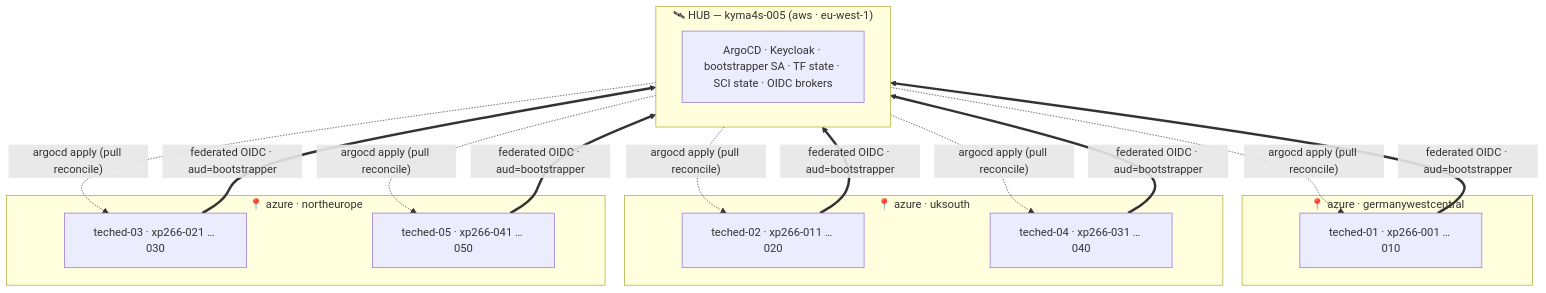
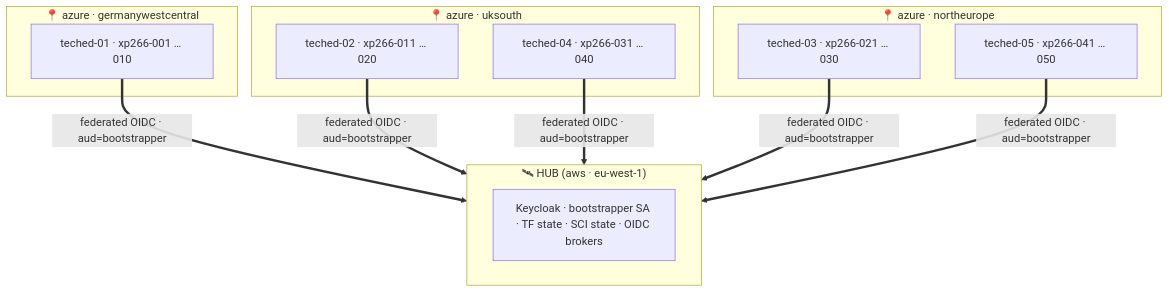
Before and after one commit to SAP-samples/teched2026-XP266: the second of 2 diagrams in exercises/ex0/README.md, drawn with Mermaid. The commit also changed other lines of this file and 1 other file, not shown here.

````diff
--- a/exercises/ex0/README.md
+++ b/exercises/ex0/README.md
@@ -138,19 +195,18 @@
 ```mermaid
 flowchart TB
-    subgraph HUB["🛰 HUB — kyma4s-005  (aws · eu-west-1)"]
-      HA["ArgoCD · Keycloak · bootstrapper SA · TF state · SCI state · OIDC brokers"]
+    subgraph HUB["🛰 HUB  (aws · eu-west-1)"]
+      HA["Keycloak · bootstrapper SA · TF state · SCI state · OIDC brokers"]
     end
     subgraph GWC["📍 azure · germanywestcentral"]
       T1["teched-01 · xp266-001 … 010"]
     end
     subgraph UKS["📍 azure · uksouth"]
       T2["teched-02 · xp266-011 … 020"]
       T4["teched-04 · xp266-031 … 040"]
     end
     subgraph NEU["📍 azure · northeurope"]
       T3["teched-03 · xp266-021 … 030"]
       T5["teched-05 · xp266-041 … 050"]
     end
-    HUB -. "argocd apply (pull reconcile)" .-> T1 & T2 & T3 & T4 & T5
     T1 & T2 & T3 & T4 & T5 ==> |"federated OIDC · aud=bootstrapper"| HUB
 ```
````
